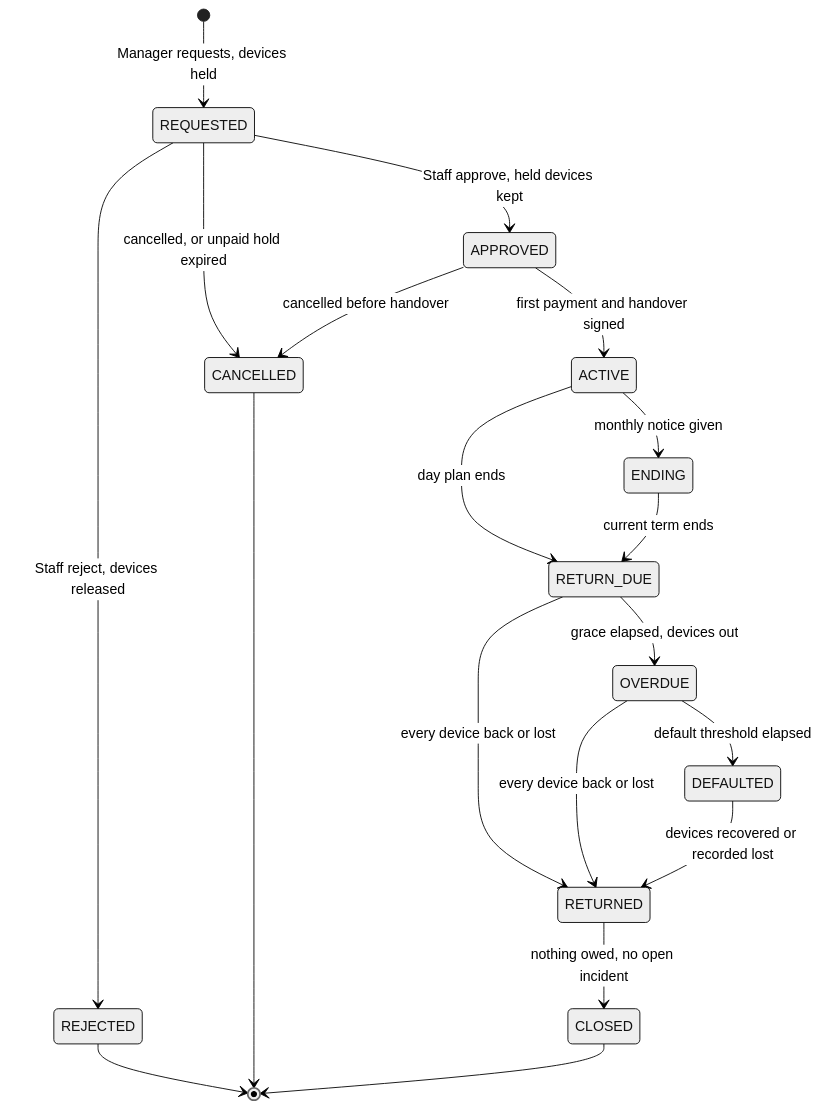
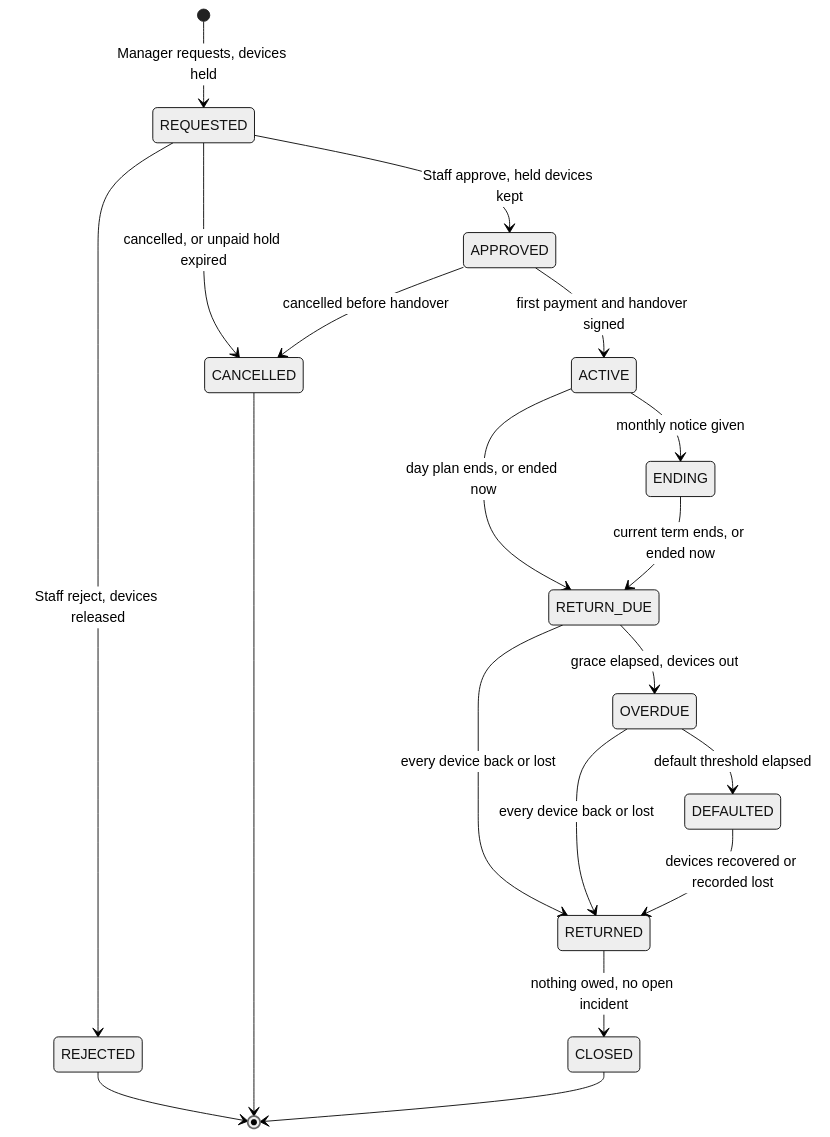
One commit to TrekLink-Team/treklink-web changed the second of 29 diagrams in specs/rentals/design.md. Above: the diagram before and after it, drawn with Mermaid (neutral theme). The commit also changed other lines of this file and 17 other files, not shown here.

First line of the commit message:
docs: specify End now with the current term billed pro rata (D-097)

````diff
--- a/specs/rentals/design.md
+++ b/specs/rentals/design.md
@@ -45,21 +45,21 @@
 ```mermaid
 stateDiagram-v2
     [*] --> REQUESTED : Manager requests, devices held
     REQUESTED --> APPROVED : Staff approve, held devices kept
     REQUESTED --> REJECTED : Staff reject, devices released
     REQUESTED --> CANCELLED : cancelled, or unpaid hold expired
     APPROVED --> CANCELLED : cancelled before handover
     APPROVED --> ACTIVE : first payment and handover signed
     ACTIVE --> ENDING : monthly notice given
-    ACTIVE --> RETURN_DUE : day plan ends
-    ENDING --> RETURN_DUE : current term ends
+    ACTIVE --> RETURN_DUE : day plan ends, or ended now
+    ENDING --> RETURN_DUE : current term ends, or ended now
     RETURN_DUE --> RETURNED : every device back or lost
     RETURN_DUE --> OVERDUE : grace elapsed, devices out
     OVERDUE --> RETURNED : every device back or lost
     OVERDUE --> DEFAULTED : default threshold elapsed
     DEFAULTED --> RETURNED : devices recovered or recorded lost
     RETURNED --> CLOSED : nothing owed, no open incident
     REJECTED --> [*]
     CANCELLED --> [*]
     CLOSED --> [*]
 ```
````
